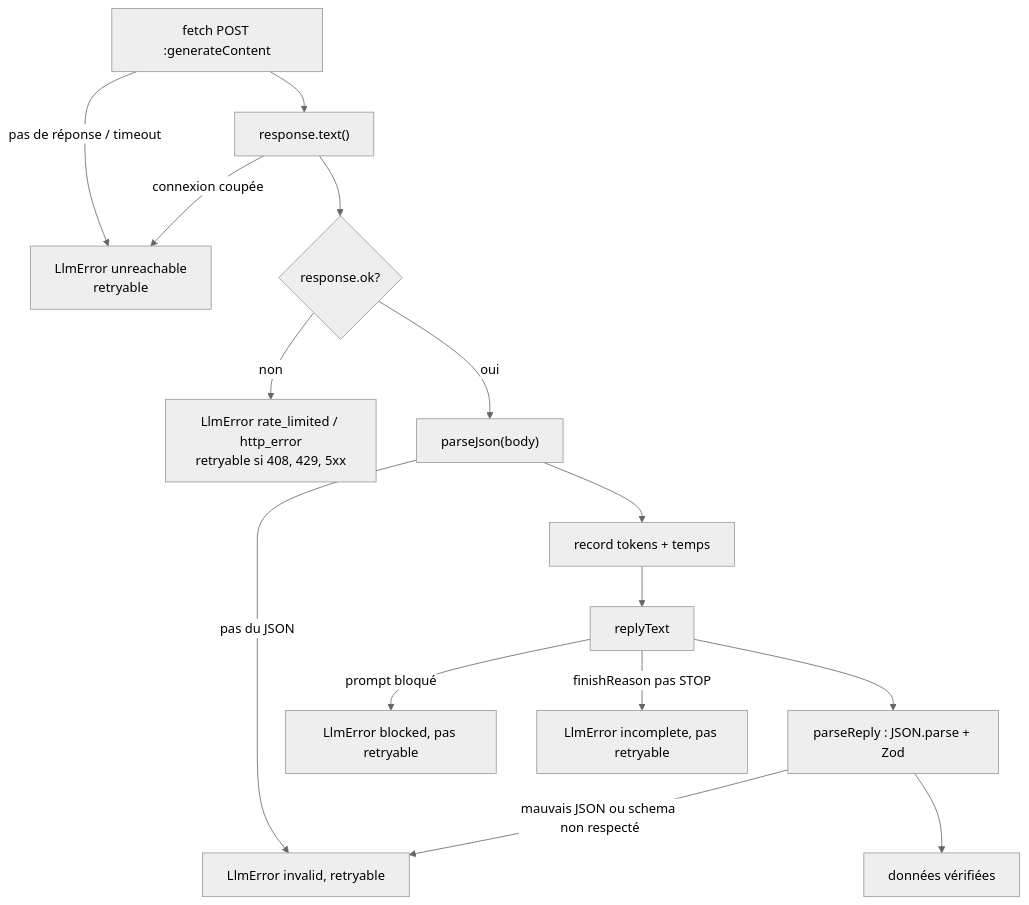
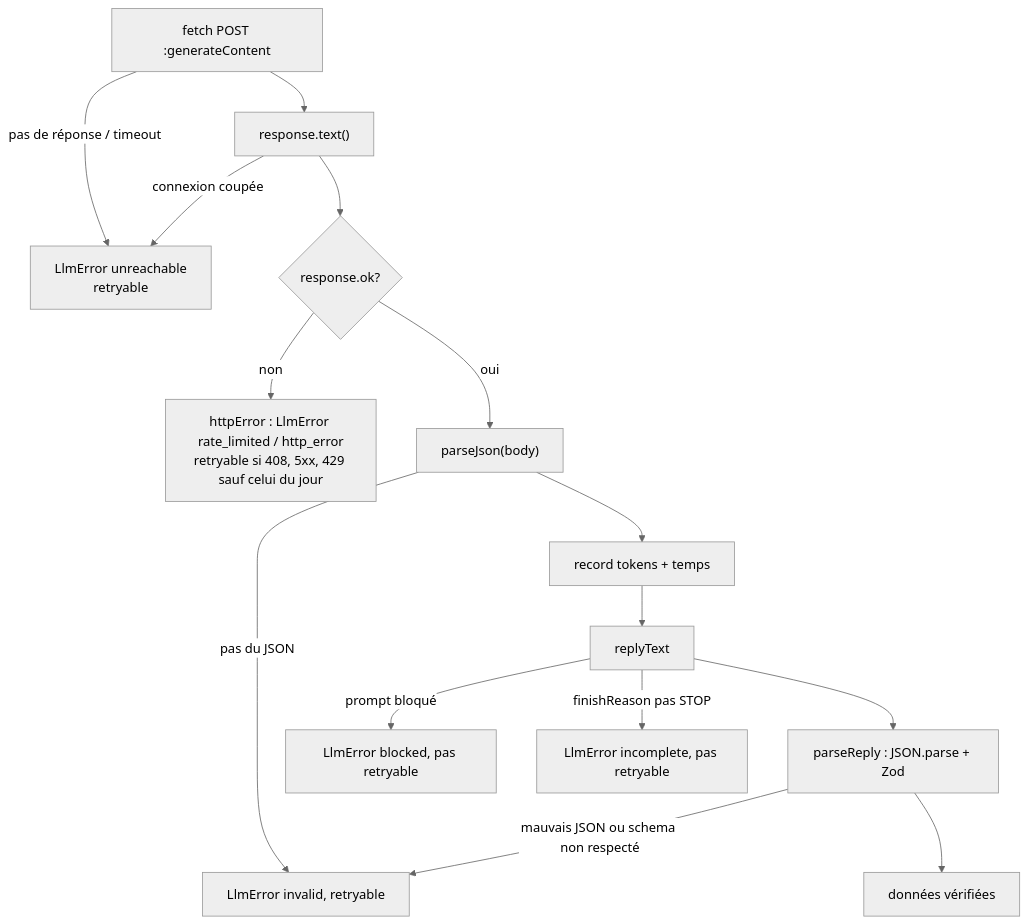
Before and after one commit to VictorBro/ft_transcendence: the fourth of 4 diagrams in docs-fr/api/06-llm.md, drawn with Mermaid (neutral theme). The commit also changed other lines of this file and 223 other files, not shown here.

````diff
--- a/docs-fr/api/06-llm.md
+++ b/docs-fr/api/06-llm.md
@@ -552,17 +597,17 @@
 ```mermaid
 flowchart TD
     A["fetch POST :generateContent"] -->|"pas de réponse / timeout"| U["LlmError unreachable<br/>retryable"]
     A --> B["response.text()"]
     B -->|"connexion coupée"| U
     B --> C{"response.ok?"}
-    C -->|"non"| H["LlmError rate_limited / http_error<br/>retryable si 408, 429, 5xx"]
+    C -->|"non"| H["httpError : LlmError rate_limited / http_error<br/>retryable si 408, 5xx, 429 sauf celui du jour"]
     C -->|"oui"| D["parseJson(body)"]
     D -->|"pas du JSON"| I["LlmError invalid, retryable"]
     D --> E["record tokens + temps"]
     E --> F["replyText"]
     F -->|"prompt bloqué"| BL["LlmError blocked, pas retryable"]
     F -->|"finishReason pas STOP"| IN["LlmError incomplete, pas retryable"]
     F --> G["parseReply : JSON.parse + Zod"]
     G -->|"mauvais JSON ou schema non respecté"| I
     G --> OK["données vérifiées"]
 ```
````
